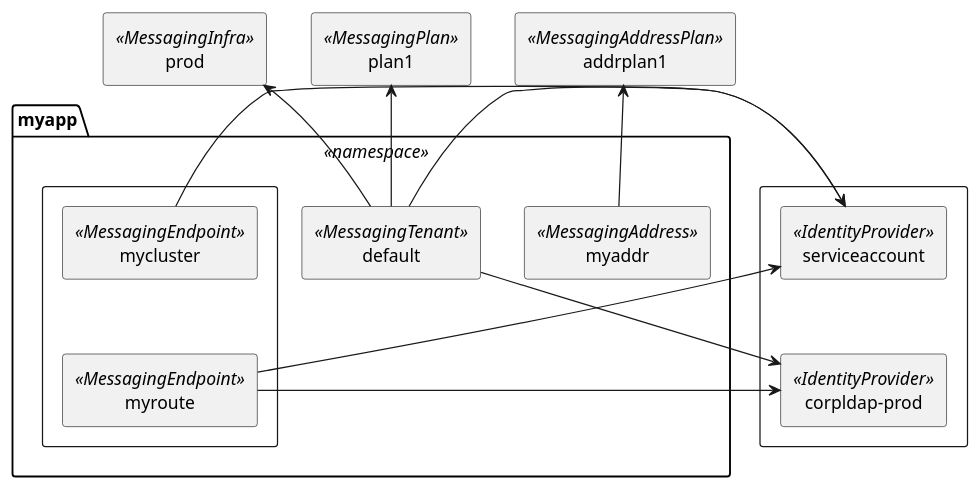
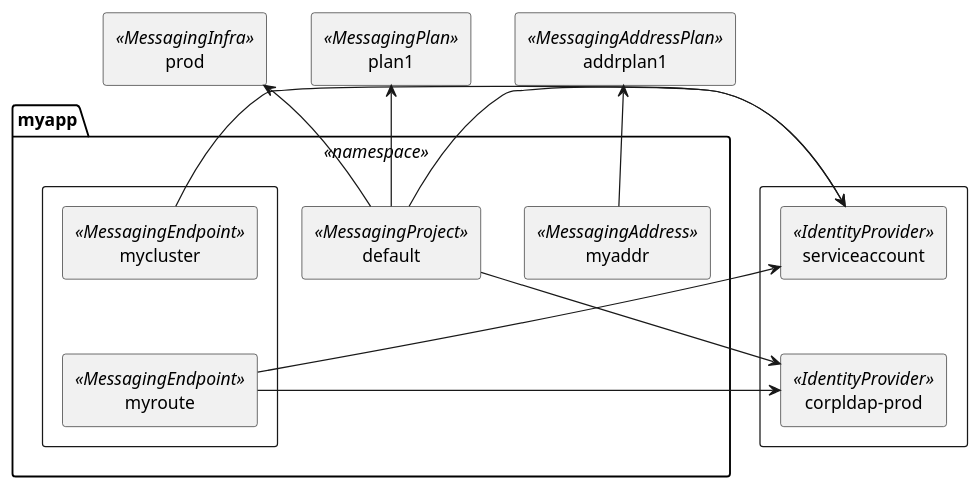
Before and after one commit to EnMasseProject/enmasse: the diagram in documentation/design/proposals/authn_authz_for_1.0.puml, drawn with PlantUML. The commit also changed 70 other files, not shown here.

Commit message:
Rename MessagingTenant to MessagingProject

```diff
--- a/documentation/design/proposals/authn_authz_for_1.0.puml
+++ b/documentation/design/proposals/authn_authz_for_1.0.puml
@@ -1,41 +1,41 @@
 @startuml
 skinparam rectangle<<behavior>> {
 	roundCorner 25
 }
 
 
 package "myapp" <<namespace>> {
 rectangle "myaddr" <<MessagingAddress>> as MA
-rectangle "default" <<MessagingTenant>> as MT
+rectangle "default" <<MessagingProject>> as MT
 '#rectangle "myconn" <<MessagingConnector>> as MC
 
 rectangle {
 rectangle "mycluster" <<MessagingEndpoint>> as ME2
 rectangle "myroute" <<MessagingEndpoint>> as ME1
 }
 }
 
 rectangle "prod" <<MessagingInfra>> as MI
 rectangle "plan1" <<MessagingPlan>> as MP
 rectangle "addrplan1" <<MessagingAddressPlan>> as MAP
 
 rectangle  {
 rectangle "corpldap-prod" <<IdentityProvider>> as IP1
 rectangle "serviceaccount" <<IdentityProvider>> as IP2
 }
 
 MT -u-> MI
 MT -> IP2
 MAP <-d- MA
 '#MC <- MA : fwdr ref
 
 IP1 <-d- MT
 MP <-d- MT
 
 ME1 -> IP1
 ME1 -> IP2
 ME2 -> IP2
 
 ME2 -[hidden]- ME1
 IP2 -[hidden]- IP1
 @enduml
```
